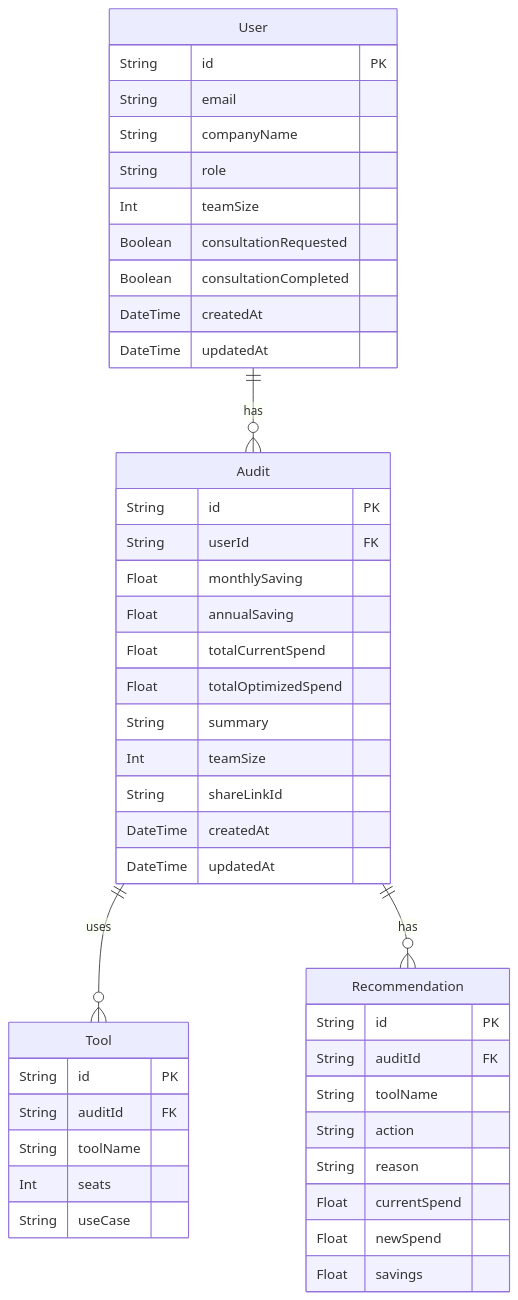
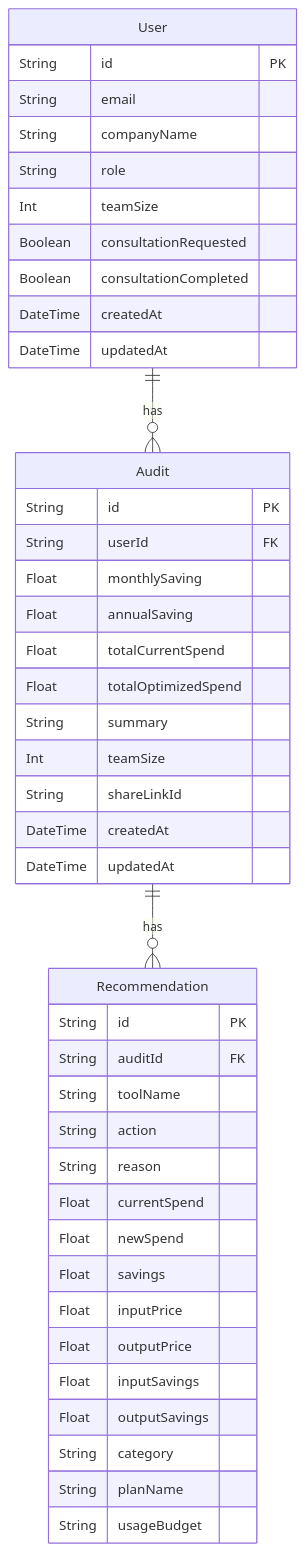
One commit to shubhamnar93/SpendLens changed the second of 4 diagrams in ARCHITECTURE.md. Above: the diagram before and after it, drawn with Mermaid. The commit also changed other lines of this file and 13 other files, not shown here.

````diff
--- a/ARCHITECTURE.md
+++ b/ARCHITECTURE.md
@@ -272,51 +188,49 @@
 ```mermaid
 erDiagram
     User {
         String id PK
         String email
         String companyName
         String role
         Int teamSize
         Boolean consultationRequested
         Boolean consultationCompleted
         DateTime createdAt
         DateTime updatedAt
     }
 
     Audit {
         String id PK
         String userId FK
         Float monthlySaving
         Float annualSaving
         Float totalCurrentSpend
         Float totalOptimizedSpend
         String summary
         Int teamSize
         String shareLinkId
         DateTime createdAt
         DateTime updatedAt
     }
 
-    Tool {
-        String id PK
-        String auditId FK
-        String toolName
-        Int seats
-        String useCase
-    }
-
     Recommendation {
         String id PK
         String auditId FK
         String toolName
         String action
         String reason
         Float currentSpend
         Float newSpend
         Float savings
+        Float inputPrice
+        Float outputPrice
+        Float inputSavings
+        Float outputSavings
+        String category
+        String planName
+        String usageBudget
     }
 
     User ||--o{ Audit : "has"
-    Audit ||--o{ Tool : "uses"
     Audit ||--o{ Recommendation : "has"
 ```
````
